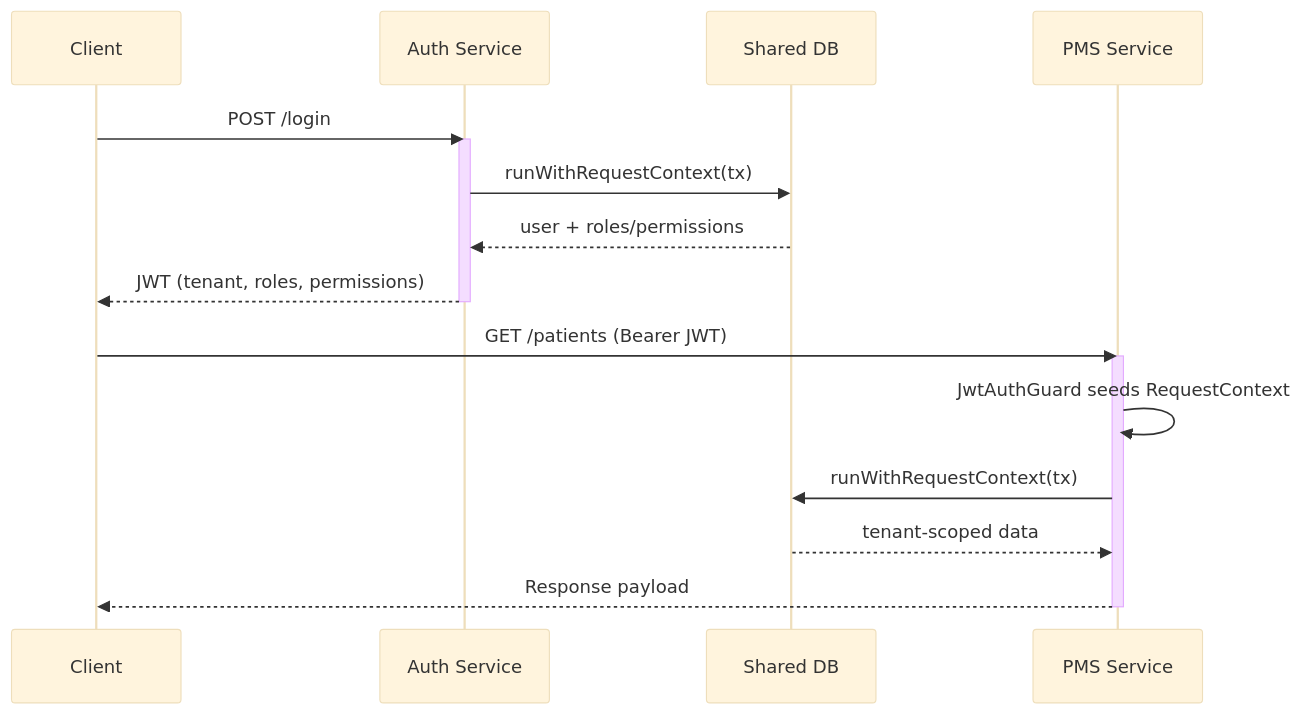
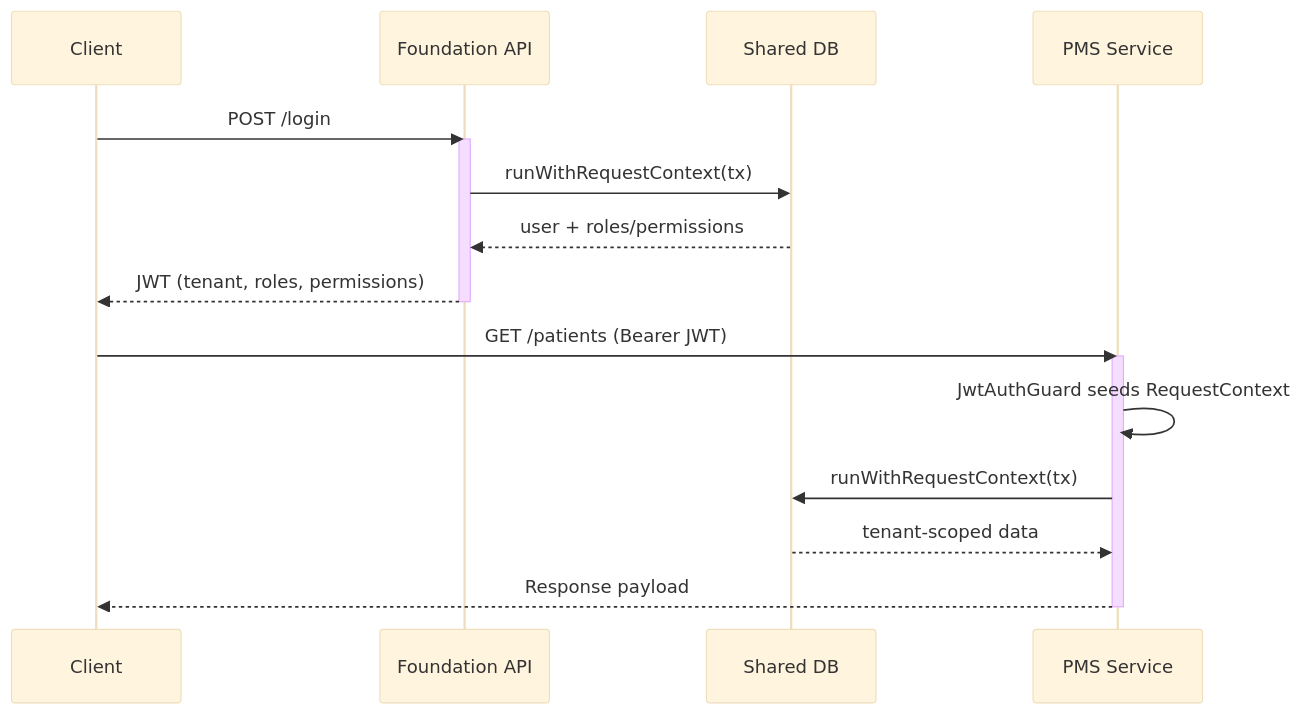
The second of 2 diagrams in docs/BACKEND-OVERVIEW.md (daivahealth/athma-ce), drawn with Mermaid (base theme) before and after one commit. The commit also changed other lines of this file and 19187 other files, not shown here.

````diff
--- a/docs/BACKEND-OVERVIEW.md
+++ b/docs/BACKEND-OVERVIEW.md
@@ -68,22 +66,22 @@
 ```mermaid
 sequenceDiagram
     participant C as Client
-    participant A as Auth Service
+    participant A as Foundation API
     participant DB as Shared DB
     participant P as PMS Service
 
     C->>A: POST /login
     activate A
     A->>DB: runWithRequestContext(tx)
     DB-->>A: user + roles/permissions
     A-->>C: JWT (tenant, roles, permissions)
     deactivate A
 
     C->>P: GET /patients (Bearer JWT)
     activate P
     P->>P: JwtAuthGuard seeds RequestContext
     P->>DB: runWithRequestContext(tx)
     DB-->>P: tenant-scoped data
     P-->>C: Response payload
     deactivate P
 ```
````
